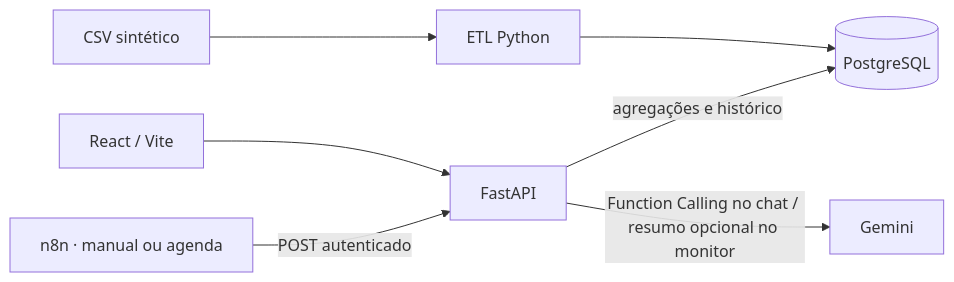
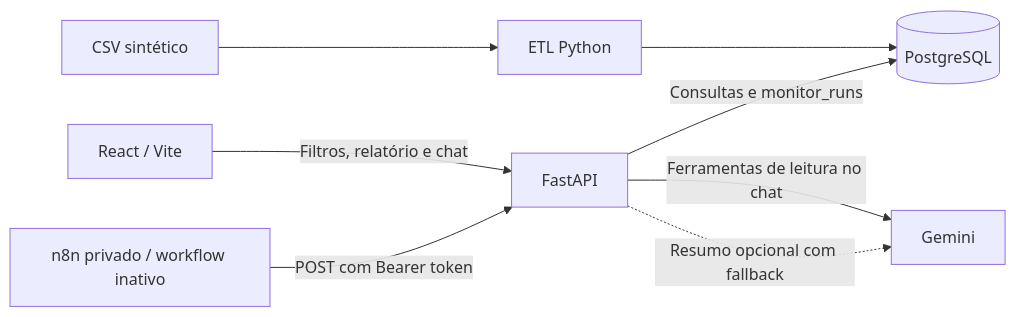
One commit to GabrielTIAlef/agente_inteligencia_operacional changed the diagram in README.md. Above: the diagram before and after it, drawn with Mermaid. The commit also changed other lines of this file and 17 other files, not shown here.

````diff
--- a/README.md
+++ b/README.md
@@ -30,8 +57,9 @@
-~~~mermaid
+```mermaid
 flowchart LR
-  CSV["CSV sintético"] --> ETL["ETL Python"] --> DB[("PostgreSQL")]
-  UI["React / Vite"] --> API["FastAPI"]
-  N8N["n8n · manual ou agenda"] -->|POST autenticado| API
-  API -->|agregações e histórico| DB
-  API -->|"Function Calling no chat / resumo opcional no monitor"| GEMINI["Gemini"]
-~~~
+  CSV[CSV sintético] --> ETL[ETL Python] --> DB[(PostgreSQL)]
+  UI[React / Vite] -->|Filtros, relatório e chat| API[FastAPI]
+  API -->|Consultas e monitor_runs| DB
+  API -->|Ferramentas de leitura no chat| GEMINI[Gemini]
+  N8N[n8n privado / workflow inativo] -->|POST com Bearer token| API
+  API -. Resumo opcional com fallback .-> GEMINI
+```
````
